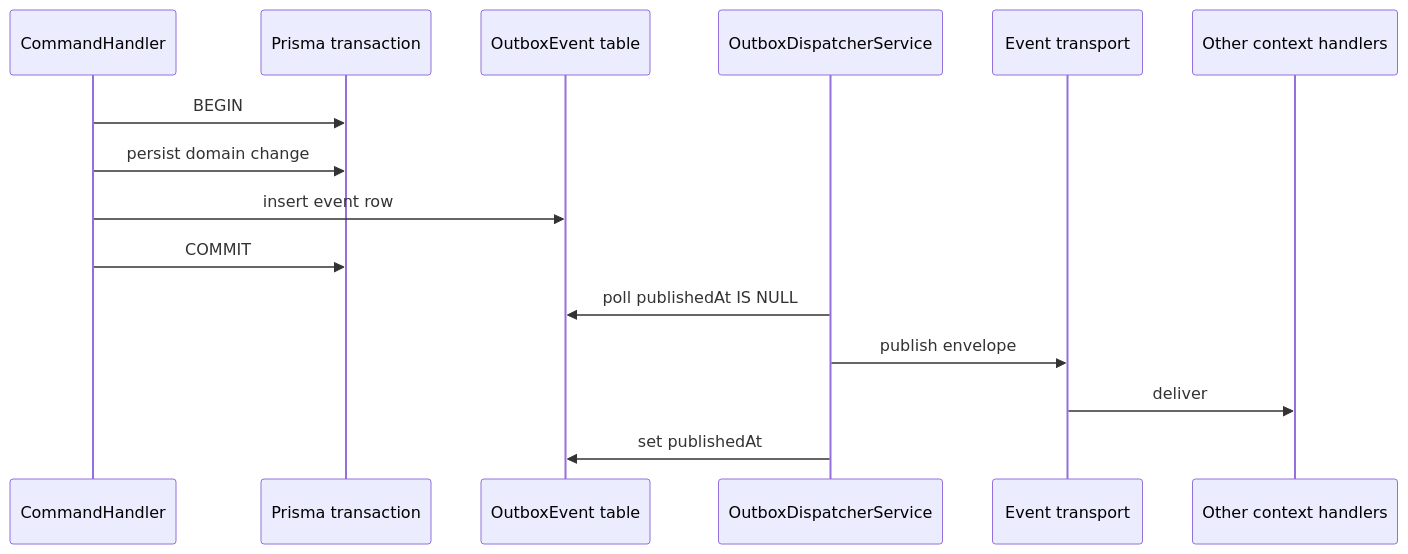
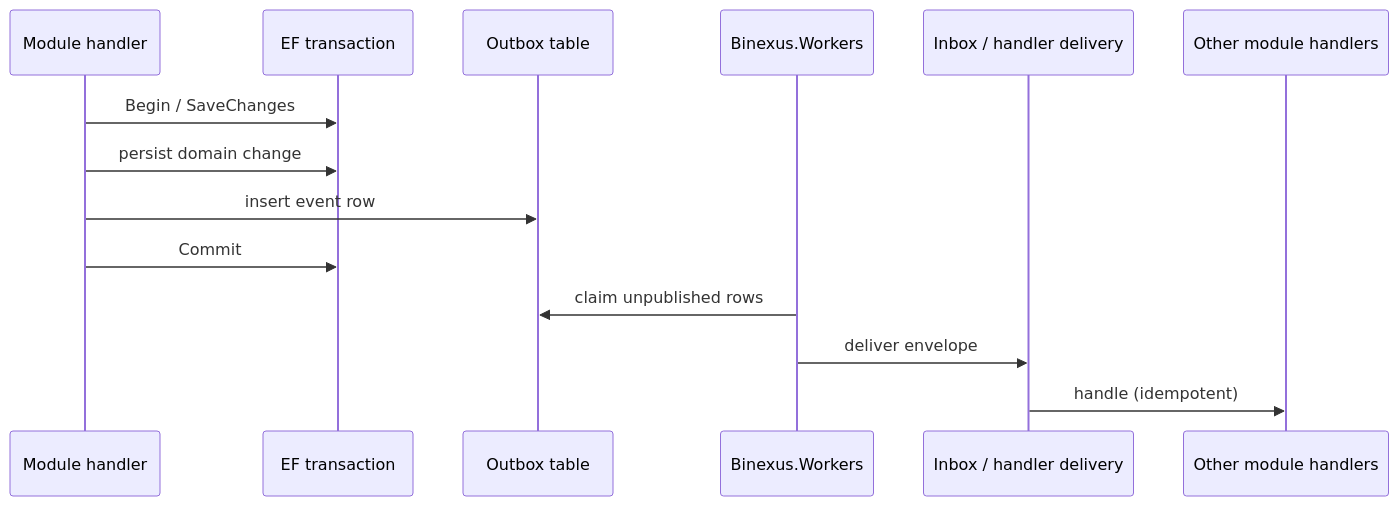
One commit to kevin-esq/binexus-platform changed the diagram in docs/architecture/event-system.md. Above: the diagram before and after it, drawn with Mermaid. The commit also changed other lines of this file and 593 other files, not shown here.

````diff
--- a/docs/architecture/event-system.md
+++ b/docs/architecture/event-system.md
@@ -24,18 +26,17 @@
 ```mermaid
 sequenceDiagram
-    participant Handler as CommandHandler
-    participant Tx as Prisma transaction
-    participant Outbox as OutboxEvent table
-    participant Dispatcher as OutboxDispatcherService
-    participant Transport as Event transport
-    participant Subscribers as Other context handlers
+    participant Handler as Module handler
+    participant Tx as EF transaction
+    participant Outbox as Outbox table
+    participant Worker as Binexus.Workers
+    participant Inbox as Inbox / handler delivery
+    participant Subscribers as Other module handlers
 
-    Handler->>Tx: BEGIN
+    Handler->>Tx: Begin / SaveChanges
     Handler->>Tx: persist domain change
     Handler->>Outbox: insert event row
-    Handler->>Tx: COMMIT
-    Dispatcher->>Outbox: poll publishedAt IS NULL
-    Dispatcher->>Transport: publish envelope
-    Transport->>Subscribers: deliver
-    Dispatcher->>Outbox: set publishedAt
+    Handler->>Tx: Commit
+    Worker->>Outbox: claim unpublished rows
+    Worker->>Inbox: deliver envelope
+    Inbox->>Subscribers: handle (idempotent)
 ```
````
